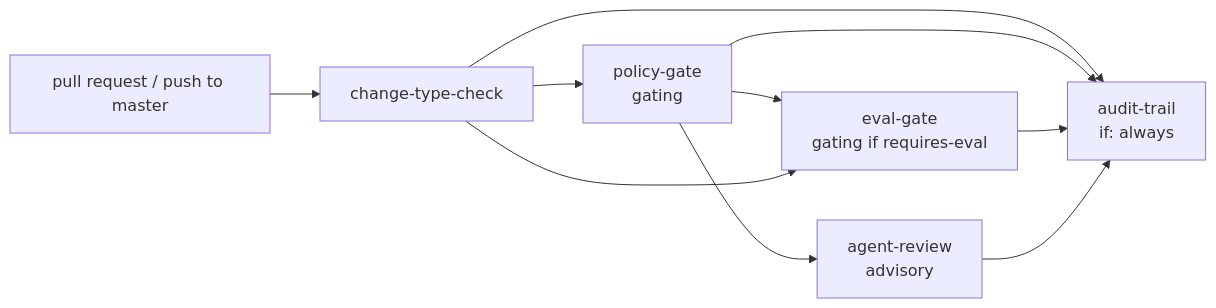
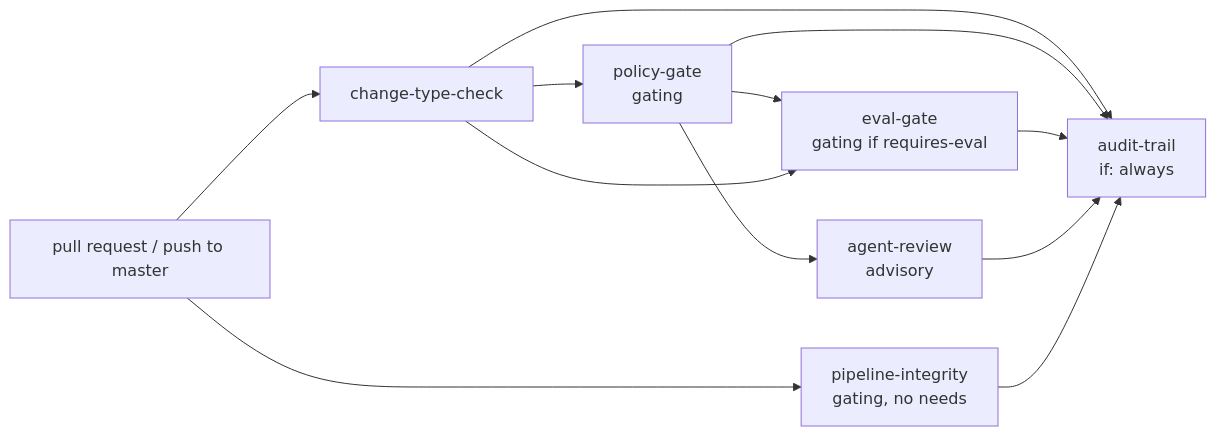
The diagram in docs/ci-step-design.md (ygorz/gimpl), drawn with Mermaid before and after one commit. The commit also changed other lines of this file and 3 other files, not shown here.

First line of the commit message:
ci: add pipeline-integrity gating job (Pipeline Integrity Check)

````diff
--- a/docs/ci-step-design.md
+++ b/docs/ci-step-design.md
@@ -15,9 +16,10 @@
 ```mermaid
 flowchart LR
     T[pull request / push to master] --> CC[change-type-check]
+    T --> PI[pipeline-integrity<br/>gating, no needs]
     CC --> PG[policy-gate<br/>gating]
     PG --> EG[eval-gate<br/>gating if requires-eval]
     CC --> EG
     PG --> AR[agent-review<br/>advisory]
-    CC & PG & EG & AR --> AT[audit-trail<br/>if: always]
+    CC & PG & EG & AR & PI --> AT[audit-trail<br/>if: always]
 ```
````
